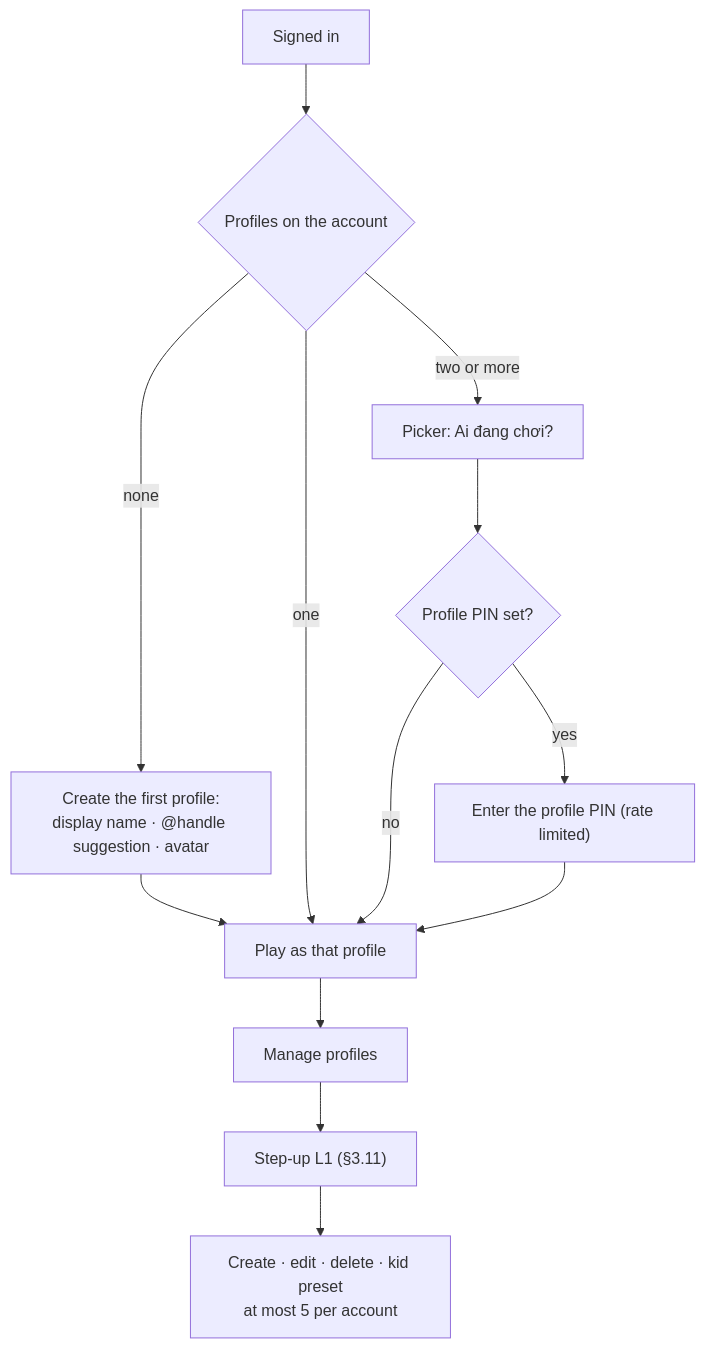
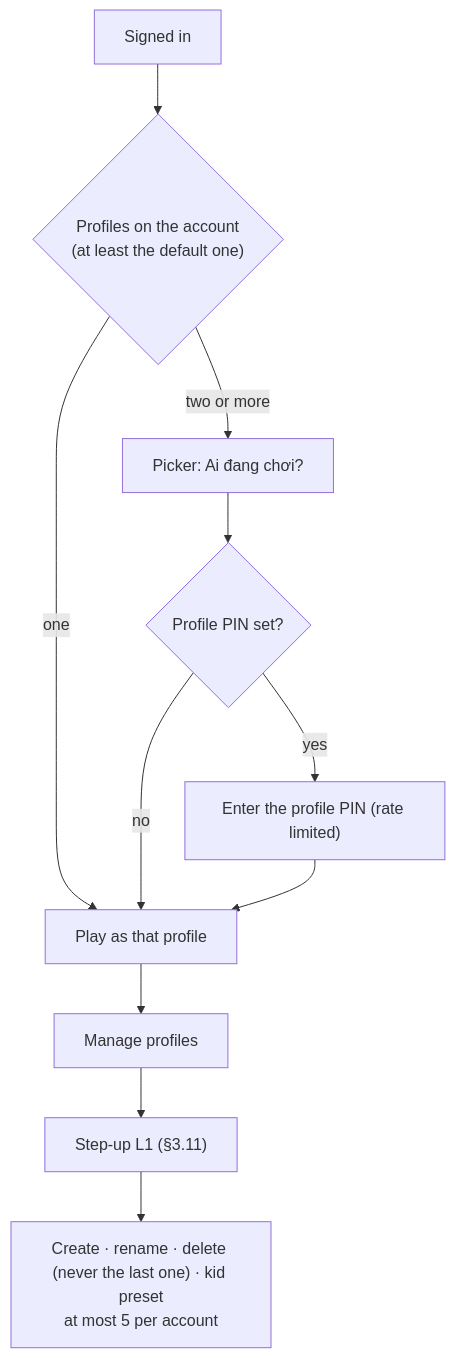
One commit to vinh466/tohe-play changed diagram 11 of 14 in plans/public-launch/design.md. Above: the diagram before and after it, drawn with Mermaid. The commit also changed other lines of this file and 17 other files, not shown here.

````diff
--- a/plans/public-launch/design.md
+++ b/plans/public-launch/design.md
@@ -319,14 +326,12 @@
 ```mermaid
 flowchart TD
-  in["Signed in"] --> count{"Profiles on the account"}
-  count -- none --> first["Create the first profile:<br/>display name · @handle suggestion · avatar"]
-  first --> play["Play as that profile"]
-  count -- one --> play
+  in["Signed in"] --> count{"Profiles on the account<br/>(at least the default one)"}
+  count -- one --> play["Play as that profile"]
   count -- "two or more" --> picker["Picker: Ai đang chơi?"]
   picker --> haspin{"Profile PIN set?"}
   haspin -- no --> play
   haspin -- yes --> pin["Enter the profile PIN (rate limited)"] --> play
   play --> manage["Manage profiles"]
   manage --> l1["Step-up L1 (§3.11)"]
-  l1 --> edit["Create · edit · delete · kid preset<br/>at most 5 per account"]
+  l1 --> edit["Create · rename · delete (never the last one) · kid preset<br/>at most 5 per account"]
 ```
````
